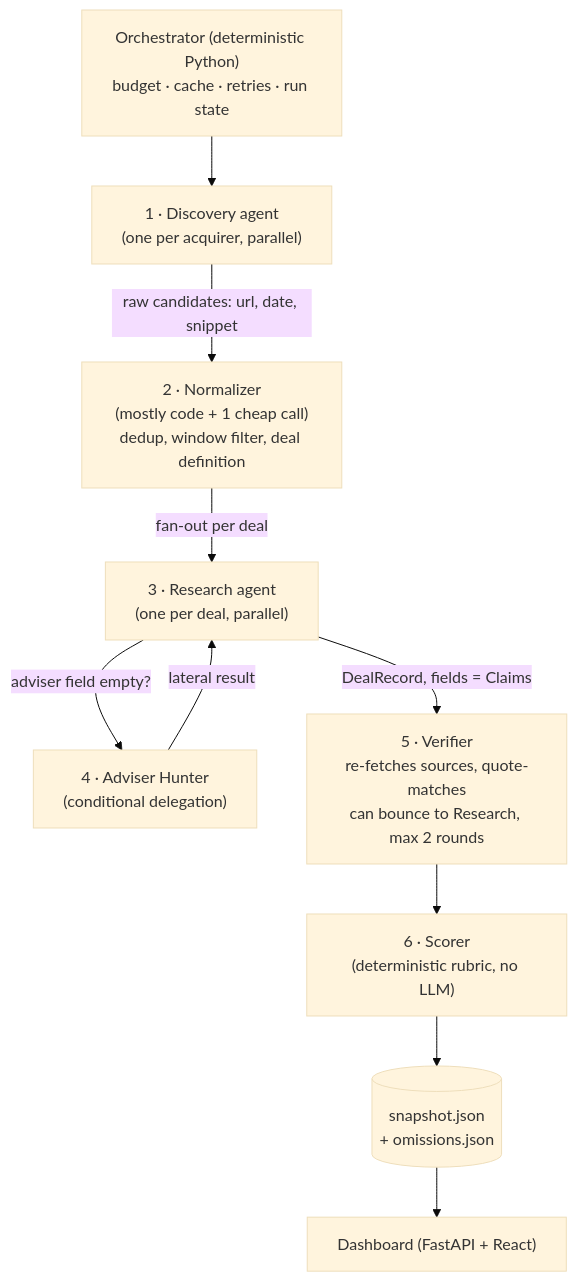
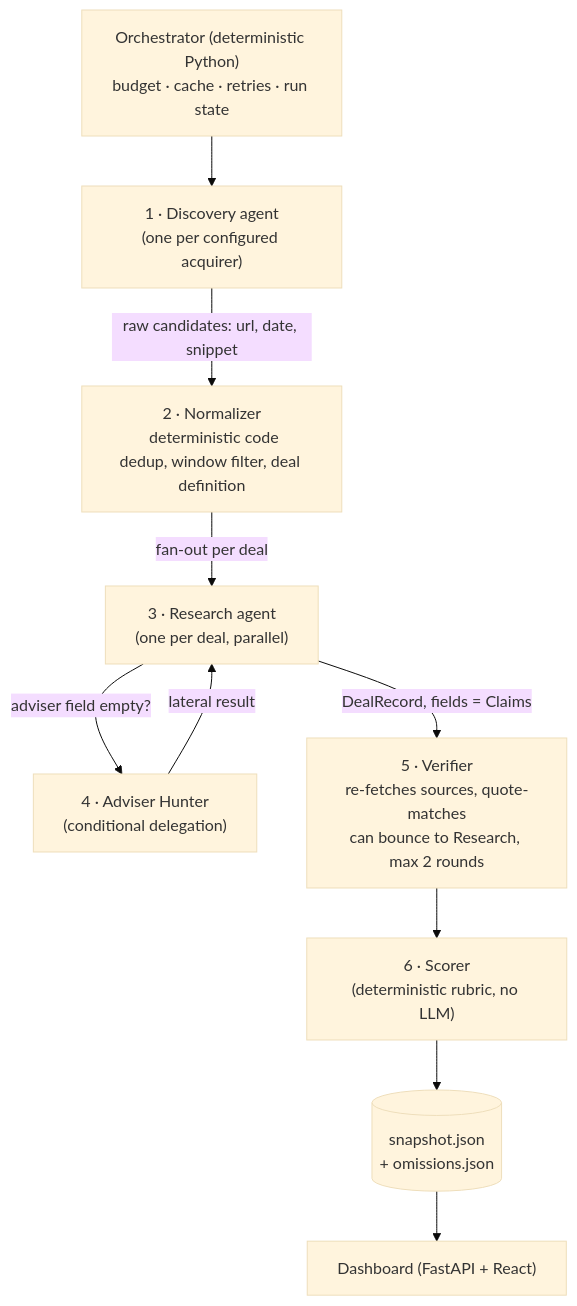
Before and after one commit to arroyoarellanoangela/tombstone: the second of 2 diagrams in docs/PROJECT_PROPOSAL.md, drawn with Mermaid (base theme). The commit also changed other lines of this file and 9 other files, not shown here.

````diff
--- a/docs/PROJECT_PROPOSAL.md
+++ b/docs/PROJECT_PROPOSAL.md
@@ -138,14 +138,14 @@
 ```mermaid
 flowchart TB
     O["Orchestrator (deterministic Python)\nbudget · cache · retries · run state"]
 
-    O --> D["1 · Discovery agent\n(one per acquirer, parallel)"]
-    D -->|raw candidates: url, date, snippet| N["2 · Normalizer\n(mostly code + 1 cheap call)\ndedup, window filter, deal definition"]
+    O --> D["1 · Discovery agent\n(one per configured acquirer)"]
+    D -->|raw candidates: url, date, snippet| N["2 · Normalizer\n deterministic code\ndedup, window filter, deal definition"]
     N -->|fan-out per deal| R["3 · Research agent\n(one per deal, parallel)"]
     R -->|adviser field empty?| A["4 · Adviser Hunter\n(conditional delegation)"]
     A -->|lateral result| R
     R -->|DealRecord, fields = Claims| V["5 · Verifier\nre-fetches sources, quote-matches\ncan bounce to Research, max 2 rounds"]
     V --> SC["6 · Scorer\n(deterministic rubric, no LLM)"]
     SC --> OUT[("snapshot.json\n+ omissions.json")]
     OUT --> DB["Dashboard (FastAPI + React)"]
 ```
````
